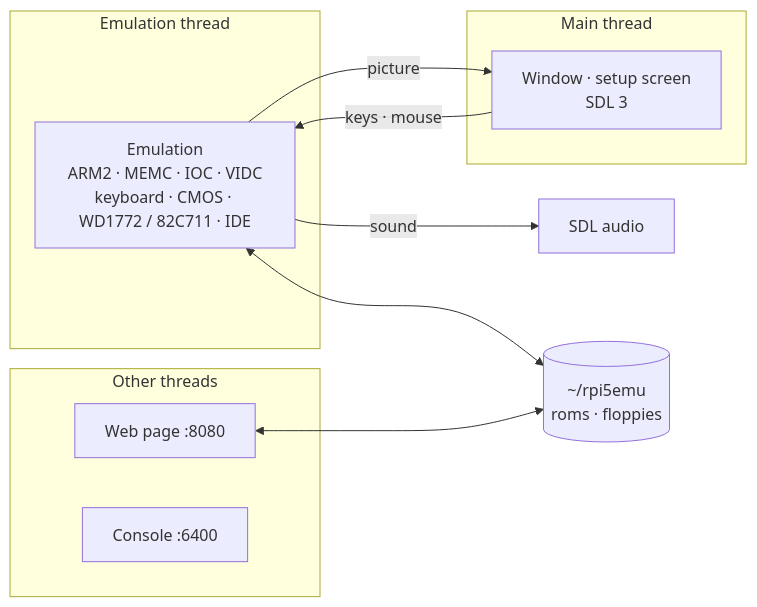
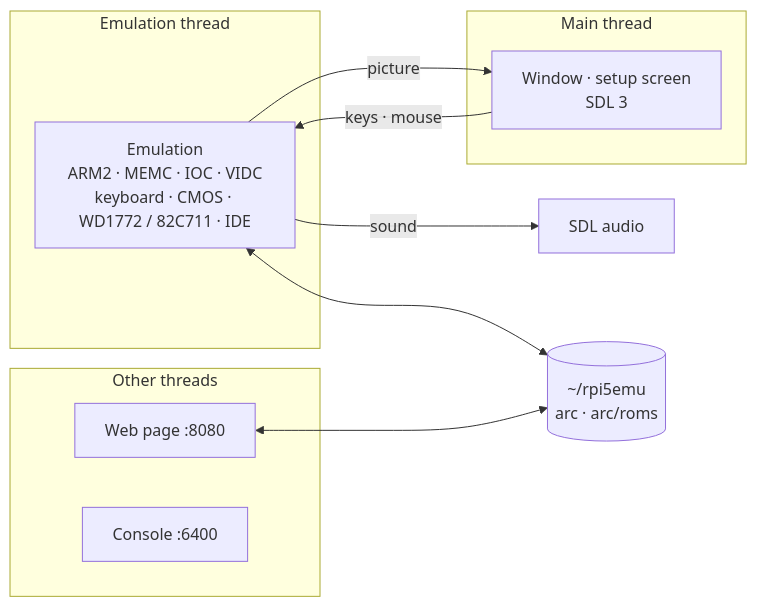
The diagram in README.md (rlucencic/rpi5arc), drawn with Mermaid before and after one commit. The commit also changed other lines of this file and 4 other files, not shown here.

First line of the commit message:
ROMs in ~/rpi5emu/arc/roms, disk images in arc/ (was floppies/)

````diff
--- a/README.md
+++ b/README.md
@@ -175,19 +175,19 @@
 ```mermaid
 flowchart LR
   subgraph emu [Emulation thread]
     EMU["Emulation<br>ARM2 · MEMC · IOC · VIDC<br>keyboard · CMOS · WD1772 / 82C711 · IDE"]
   end
   subgraph main [Main thread]
     WIN["Window · setup screen<br>SDL 3"]
   end
   subgraph others [Other threads]
     WEB[Web page :8080]
     CON[Console :6400]
   end
   EMU -- picture --> WIN
   EMU -- sound --> SND[SDL audio]
   WIN -- keys · mouse --> EMU
-  DATA[("~/rpi5emu<br>roms · floppies")]
+  DATA[("~/rpi5emu<br>arc · arc/roms")]
   EMU <--> DATA
   WEB <--> DATA
 ```
````
